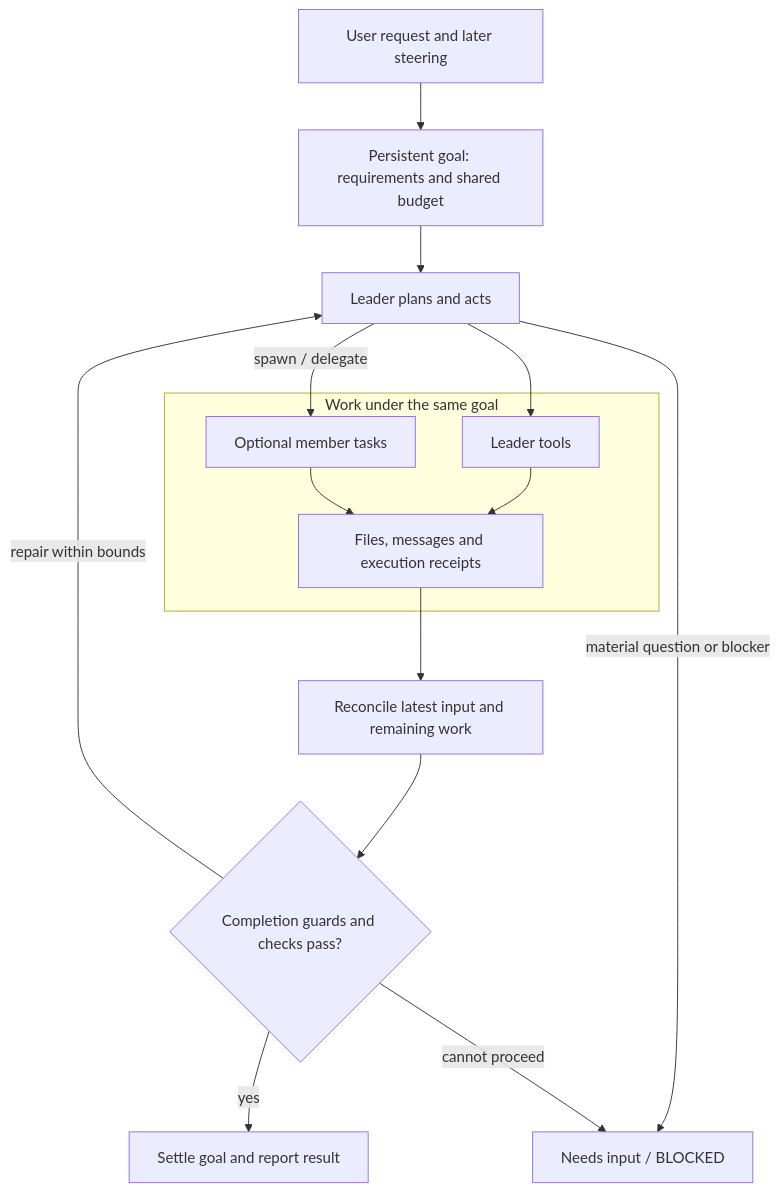
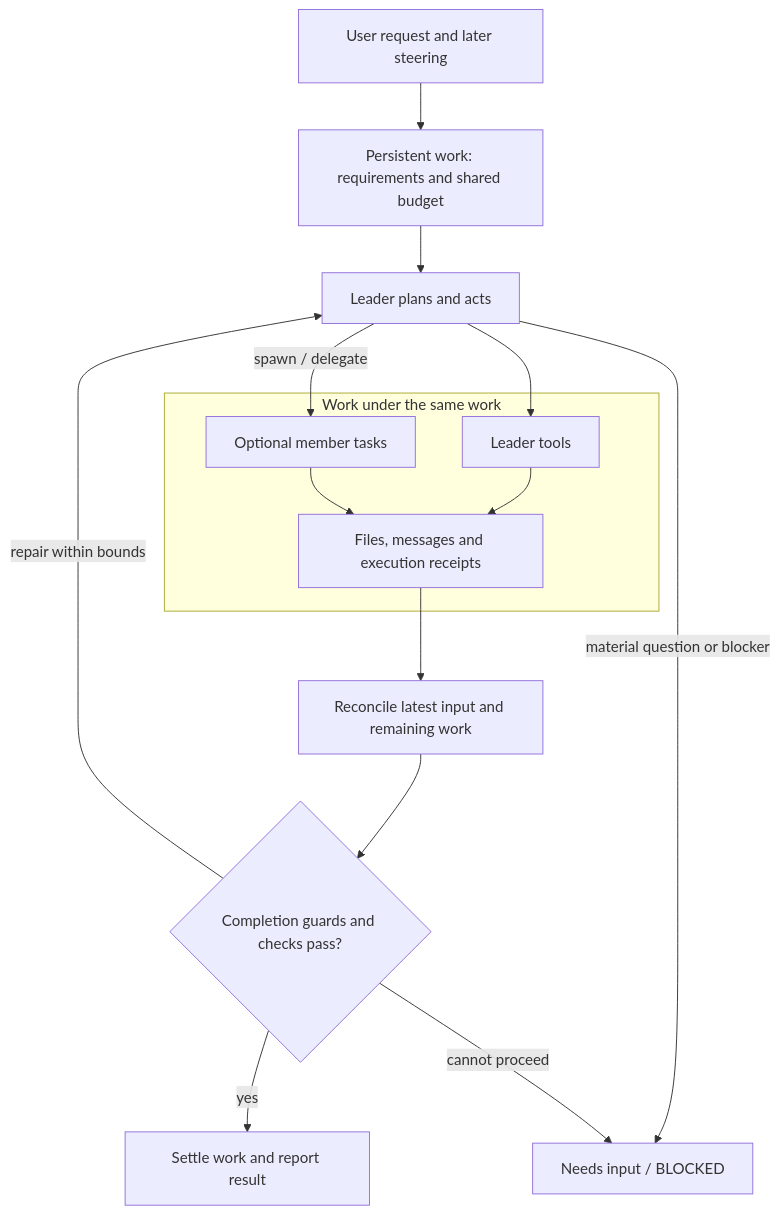
Before and after one commit to seek-hope/TeamAgents: the first of 5 diagrams in README.md, drawn with Mermaid. The commit also changed other lines of this file and 177 other files, not shown here.

Commit message:
Remove goal entity and migrate to work scopes

````diff
--- a/README.md
+++ b/README.md
@@ -32,22 +30,22 @@
 ```mermaid
 flowchart TB
     accTitle: From user request to verified result
-    accDescr: The Leader can work alone or delegate assignments under one persistent goal. Results are reconciled and checked before success; questions, blocked work and repair remain explicit.
-    user["User request and later steering"] --> goal["Persistent goal: requirements and shared budget"]
-    goal --> leader["Leader plans and acts"]
-    subgraph execution["Work under the same goal"]
+    accDescr: The Leader can work alone or delegate assignments under one persistent work. Results are reconciled and checked before success; questions, blocked work and repair remain explicit.
+    user["User request and later steering"] --> work["Persistent work: requirements and shared budget"]
+    work --> leader["Leader plans and acts"]
+    subgraph execution["Work under the same work"]
         own["Leader tools"]
         members["Optional member tasks"]
         evidence["Files, messages and execution receipts"]
         own --> evidence
         members --> evidence
     end
     leader --> own
     leader -->|"spawn / delegate"| members
     leader -->|"material question or blocker"| attention["Needs input / BLOCKED"]
     evidence --> reconcile["Reconcile latest input and remaining work"]
     reconcile --> checks{"Completion guards and checks pass?"}
-    checks -->|"yes"| result["Settle goal and report result"]
+    checks -->|"yes"| result["Settle work and report result"]
     checks -->|"repair within bounds"| leader
     checks -->|"cannot proceed"| attention
 ```
````
